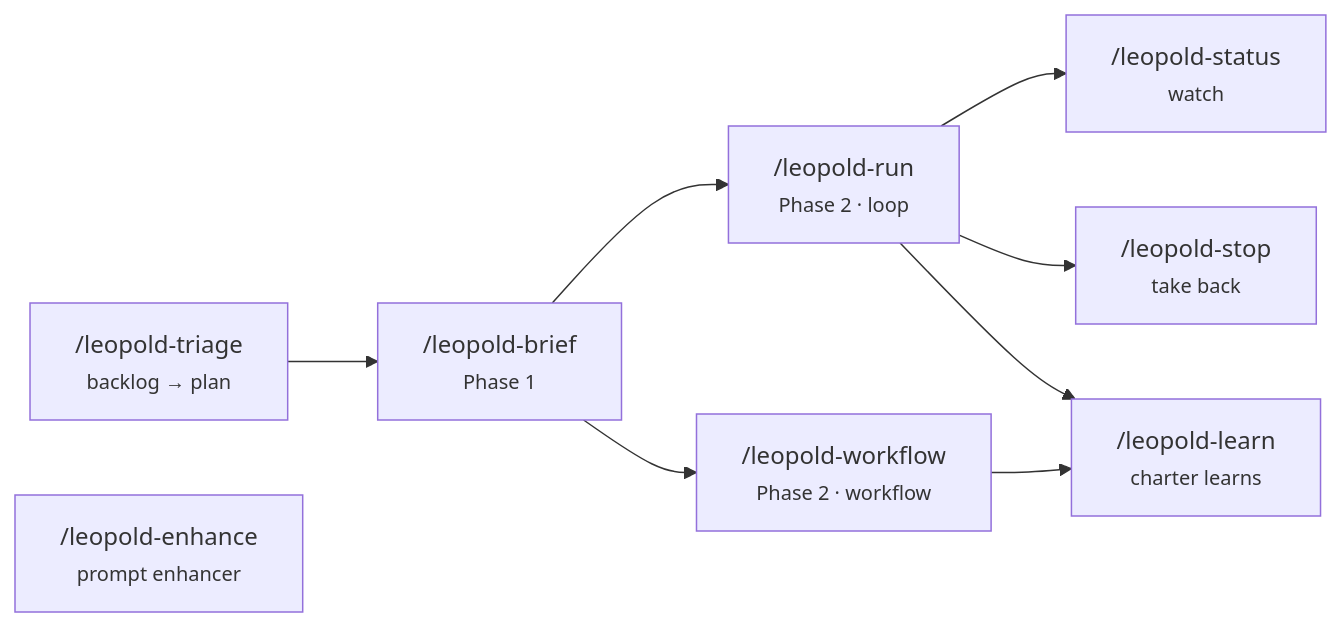
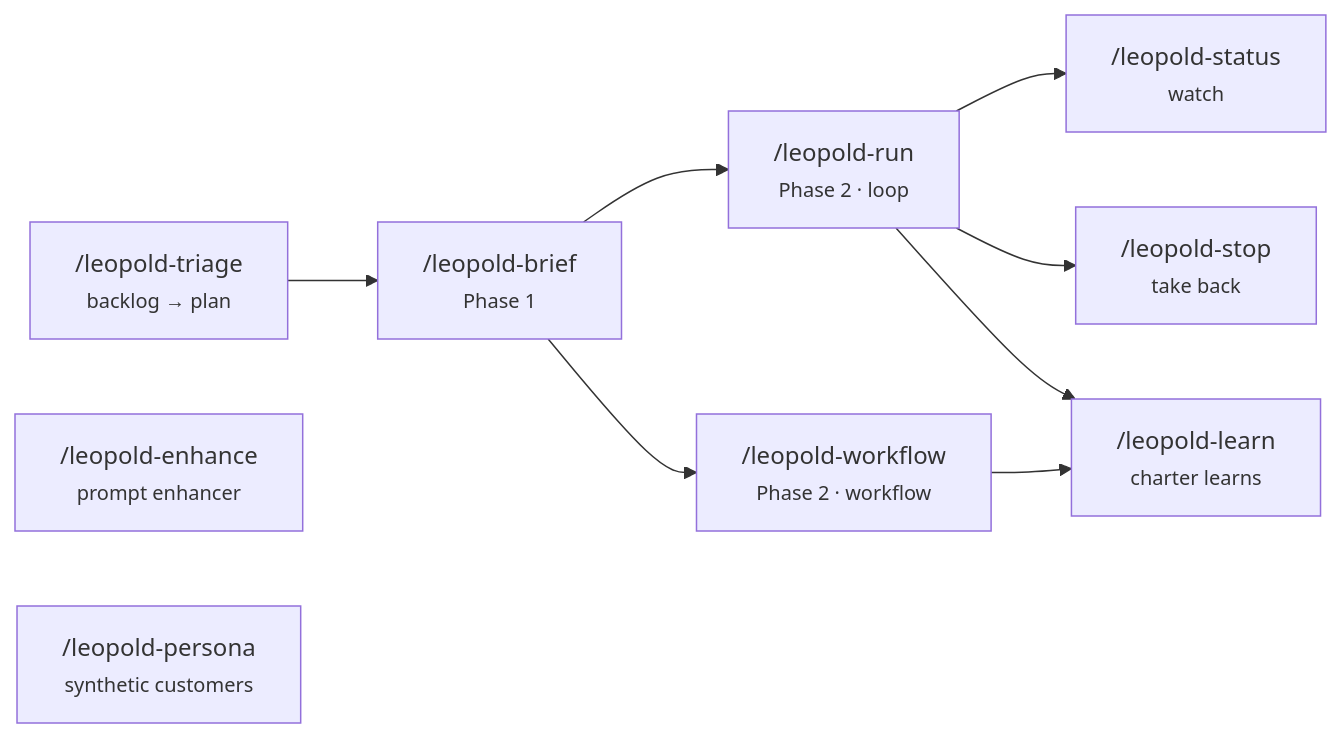
The diagram in docs/reference/skills.md (Jonhvmp/leopold), drawn with Mermaid before and after one commit. The commit also changed other lines of this file and 20 other files, not shown here.

````diff
--- a/docs/reference/skills.md
+++ b/docs/reference/skills.md
@@ -7,11 +7,12 @@
 ```mermaid
 flowchart LR
     B["/leopold-brief<br/><small>Phase 1</small>"] --> R["/leopold-run<br/><small>Phase 2 · loop</small>"]
     B --> W["/leopold-workflow<br/><small>Phase 2 · workflow</small>"]
     R --> S["/leopold-status<br/><small>watch</small>"]
     R --> X["/leopold-stop<br/><small>take back</small>"]
     R --> L["/leopold-learn<br/><small>charter learns</small>"]
     W --> L
     T["/leopold-triage<br/><small>backlog → plan</small>"] --> B
     E["/leopold-enhance<br/><small>prompt enhancer</small>"]
+    P["/leopold-persona<br/><small>synthetic customers</small>"]
 ```
````
